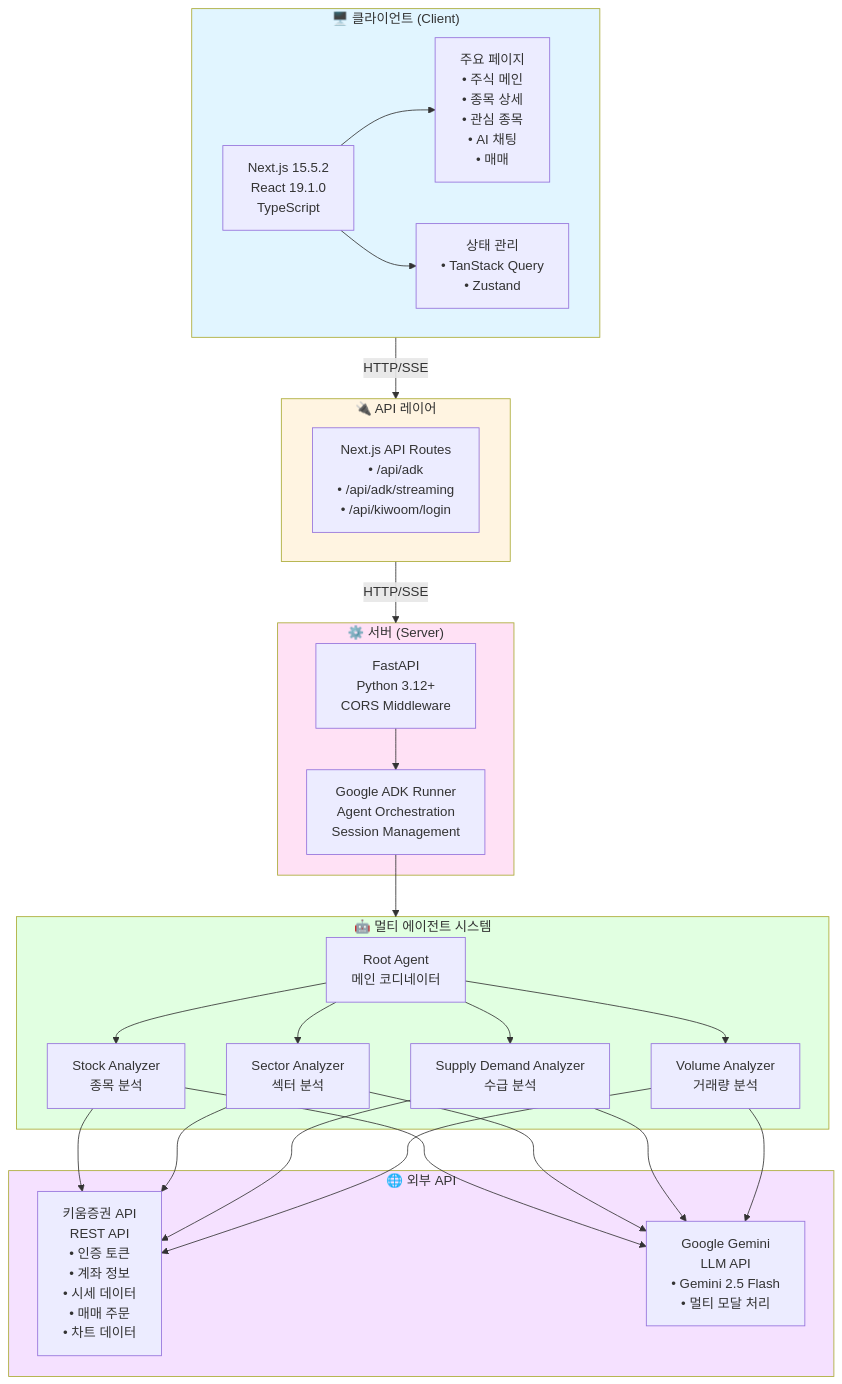
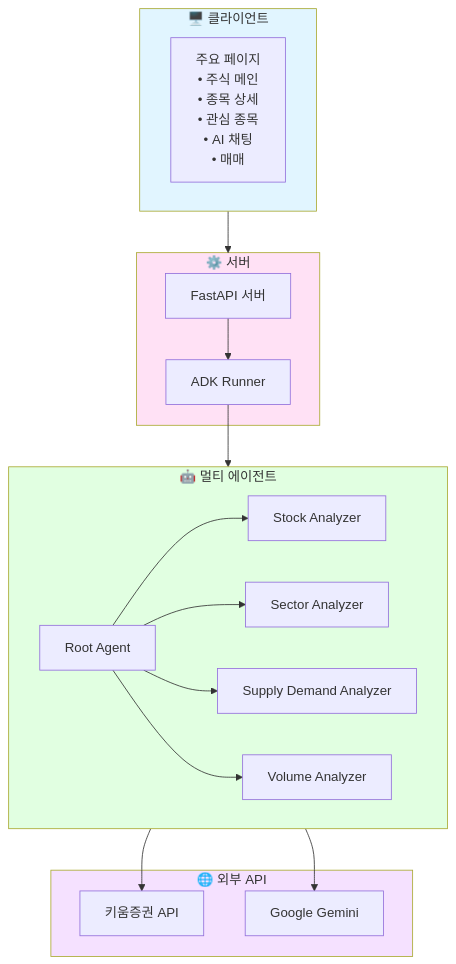
The first of 3 diagrams in README.md (miachoidev/mango-stock-monorepo), drawn with Mermaid before and after one commit. The commit also changed other lines of this file, not shown here.

````diff
--- a/README.md
+++ b/README.md
@@ -150,56 +150,40 @@
 ```mermaid
 graph TB
-    subgraph Client["🖥️ 클라이언트 (Client)"]
-        NextJS["Next.js 15.5.2<br/>React 19.1.0<br/>TypeScript"]
+    subgraph Client["🖥️ 클라이언트"]
         Pages["주요 페이지<br/>• 주식 메인<br/>• 종목 상세<br/>• 관심 종목<br/>• AI 채팅<br/>• 매매"]
-        State["상태 관리<br/>• TanStack Query<br/>• Zustand"]
-        NextJS --> Pages
-        NextJS --> State
     end
 
-    subgraph API["🔌 API 레이어"]
-        Routes["Next.js API Routes<br/>• /api/adk<br/>• /api/adk/streaming<br/>• /api/kiwoom/login"]
-    end
-
-    subgraph Server["⚙️ 서버 (Server)"]
-        FastAPI["FastAPI<br/>Python 3.12+<br/>CORS Middleware"]
-        ADK["Google ADK Runner<br/>Agent Orchestration<br/>Session Management"]
+    subgraph Server["⚙️ 서버"]
+        FastAPI["FastAPI 서버"]
+        ADK["ADK Runner"]
         FastAPI --> ADK
     end
 
-    subgraph Agents["🤖 멀티 에이전트 시스템"]
-        Root["Root Agent<br/>메인 코디네이터"]
-        Stock["Stock Analyzer<br/>종목 분석"]
-        Sector["Sector Analyzer<br/>섹터 분석"]
-        Supply["Supply Demand Analyzer<br/>수급 분석"]
-        Volume["Volume Analyzer<br/>거래량 분석"]
+    subgraph Agents["🤖 멀티 에이전트"]
+        Root["Root Agent"]
+        Stock["Stock Analyzer"]
+        Sector["Sector Analyzer"]
+        Supply["Supply Demand Analyzer"]
+        Volume["Volume Analyzer"]
         
         Root --> Stock
         Root --> Sector
         Root --> Supply
         Root --> Volume
     end
 
     subgraph External["🌐 외부 API"]
-        Kiwoom["키움증권 API<br/>REST API<br/>• 인증 토큰<br/>• 계좌 정보<br/>• 시세 데이터<br/>• 매매 주문<br/>• 차트 데이터"]
-        Gemini["Google Gemini<br/>LLM API<br/>• Gemini 2.5 Flash<br/>• 멀티 모달 처리"]
+        Kiwoom["키움증권 API"]
+        Gemini["Google Gemini"]
     end
 
-    Client -->|HTTP/SSE| API
-    API -->|HTTP/SSE| Server
+    Client --> Server
     ADK --> Agents
-    Stock --> Kiwoom
-    Stock --> Gemini
-    Sector --> Kiwoom
-    Sector --> Gemini
-    Supply --> Kiwoom
-    Supply --> Gemini
-    Volume --> Kiwoom
-    Volume --> Gemini
+    Agents --> Kiwoom
+    Agents --> Gemini
 
     style Client fill:#e1f5ff
-    style API fill:#fff4e1
     style Server fill:#ffe1f5
     style Agents fill:#e1ffe1
     style External fill:#f5e1ff
 ```
````
